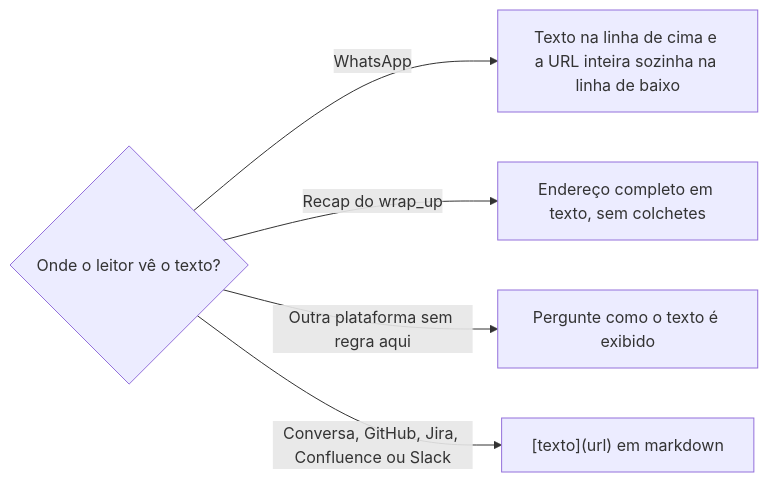
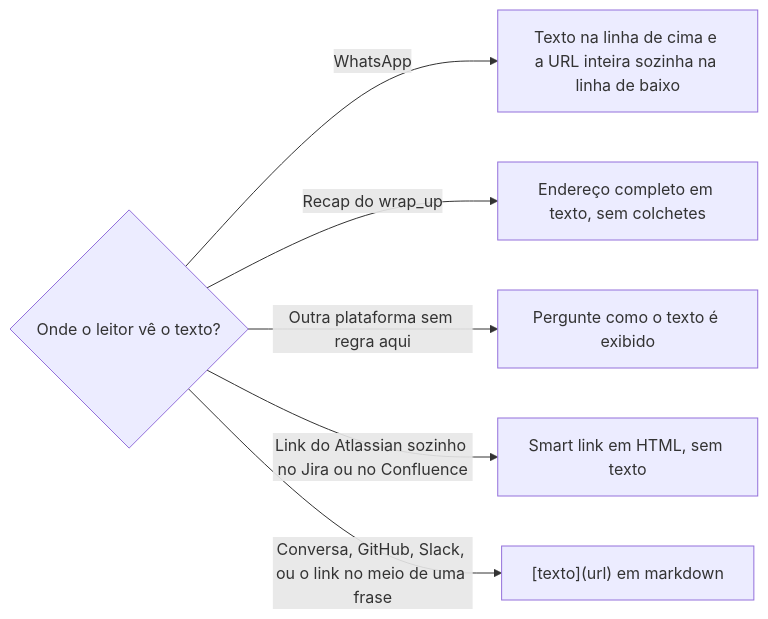
One commit to jimmyandrade/harness changed the diagram in .agents/skills/escrever-link/SKILL.md. Above: the diagram before and after it, drawn with Mermaid. The commit also changed other lines of this file, not shown here.

First line of the commit message:
feat(escrever-link): write a lone Atlassian link as a smart link

````diff
--- a/.agents/skills/escrever-link/SKILL.md
+++ b/.agents/skills/escrever-link/SKILL.md
@@ -51,7 +52,8 @@
 ```mermaid
 flowchart LR
   A{Onde o leitor vê o texto?} -->|WhatsApp| W[Texto na linha de cima e a URL inteira sozinha na linha de baixo]
   A -->|Recap do wrap_up| R[Endereço completo em texto, sem colchetes]
   A -->|Outra plataforma sem regra aqui| P[Pergunte como o texto é exibido]
-  A -->|Conversa, GitHub, Jira, Confluence ou Slack| M["[texto](url) em markdown"]
+  A -->|Link do Atlassian sozinho no Jira ou no Confluence| S["Smart link em HTML, sem texto"]
+  A -->|Conversa, GitHub, Slack, ou o link no meio de uma frase| M["[texto](url) em markdown"]
 ```
````
